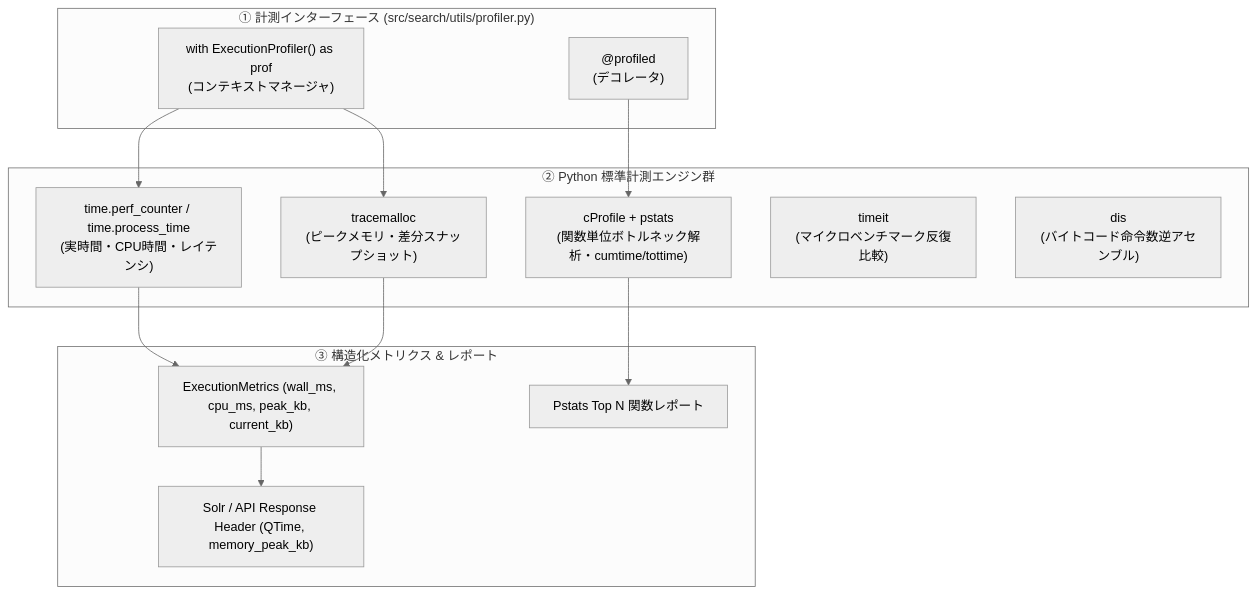
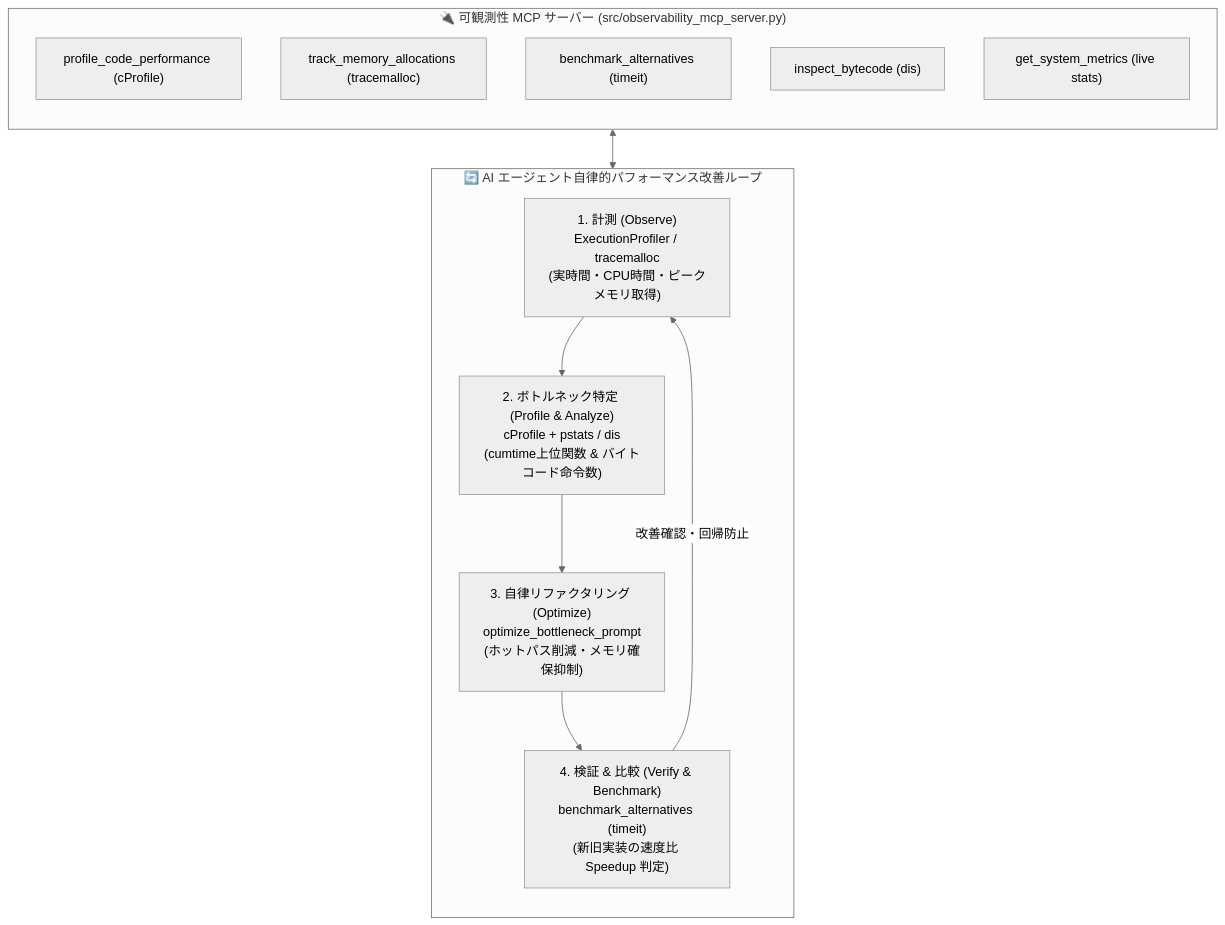
The diagram in docs/designs/DSN-09-observability-and-performance-profiling.md (rokujyouhitoma/arxiv-security-papers), drawn with Mermaid (neutral theme) before and after one commit. The commit also changed other lines of this file and 5 other files, not shown here.

First line of the commit message:
feat(observability): integrate DSN-09 & DSN-10 and implement Observability MCP Server (Issue #019)

````diff
--- a/docs/designs/DSN-09-observability-and-performance-profiling.md
+++ b/docs/designs/DSN-09-observability-and-performance-profiling.md
@@ -24,28 +11,24 @@
 ```mermaid
 flowchart TD
-    subgraph Instrumentation ["① 計測インターフェース (src/search/utils/profiler.py)"]
-        CM["with ExecutionProfiler() as prof<br/>(コンテキストマネージャ)"]
-        DEC["@profiled<br/>(デコレータ)"]
+    subgraph Loop ["🔄 AI エージェント自律的パフォーマンス改善ループ"]
+        direction TB
+        Step1["1. 計測 (Observe)<br/>ExecutionProfiler / tracemalloc<br/>(実時間・CPU時間・ピークメモリ取得)"]
+        Step2["2. ボトルネック特定 (Profile & Analyze)<br/>cProfile + pstats / dis<br/>(cumtime上位関数 & バイトコード命令数)"]
+        Step3["3. 自律リファクタリング (Optimize)<br/>optimize_bottleneck_prompt<br/>(ホットパス削減・メモリ確保抑制)"]
+        Step4["4. 検証 & 比較 (Verify & Benchmark)<br/>benchmark_alternatives (timeit)<br/>(新旧実装の速度比 Speedup 判定)"]
+        
+        Step1 --> Step2 --> Step3 --> Step4
+        Step4 -->|改善確認・回帰防止| Step1
     end
 
-    subgraph StandardEngines ["② Python 標準計測エンジン群"]
-        T["time.perf_counter / time.process_time<br/>(実時間・CPU時間・レイテンシ)"]
-        TM["tracemalloc<br/>(ピークメモリ・差分スナップショット)"]
-        CP["cProfile + pstats<br/>(関数単位ボトルネック解析・cumtime/tottime)"]
-        TI["timeit<br/>(マイクロベンチマーク反復比較)"]
-        DIS["dis<br/>(バイトコード命令数逆アセンブル)"]
+    subgraph MCPBridge ["🔌 可観測性 MCP サーバー (src/observability_mcp_server.py)"]
+        direction TB
+        T1["profile_code_performance (cProfile)"]
+        T2["track_memory_allocations (tracemalloc)"]
+        T3["benchmark_alternatives (timeit)"]
+        T4["inspect_bytecode (dis)"]
+        T5["get_system_metrics (live stats)"]
     end
 
-    subgraph OutputReport ["③ 構造化メトリクス & レポート"]
-        MetricsDict["ExecutionMetrics (wall_ms, cpu_ms, peak_kb, current_kb)"]
-        ProfileSummary["Pstats Top N 関数レポート"]
-        ResponseHeader["Solr / API Response Header (QTime, memory_peak_kb)"]
-    end
-
-    CM --> T & TM
-    DEC --> CP
-    T --> MetricsDict
-    TM --> MetricsDict
-    CP --> ProfileSummary
-    MetricsDict --> ResponseHeader
+    MCPBridge <--> Loop
 ```
````
